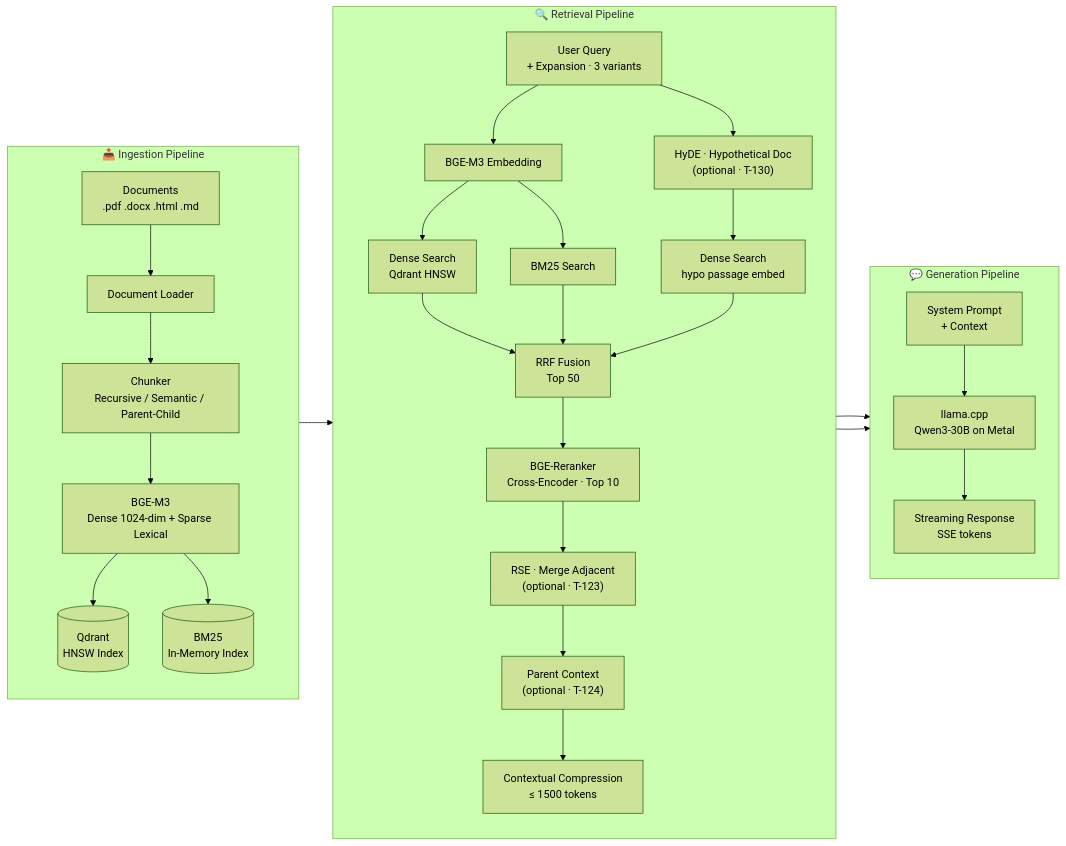
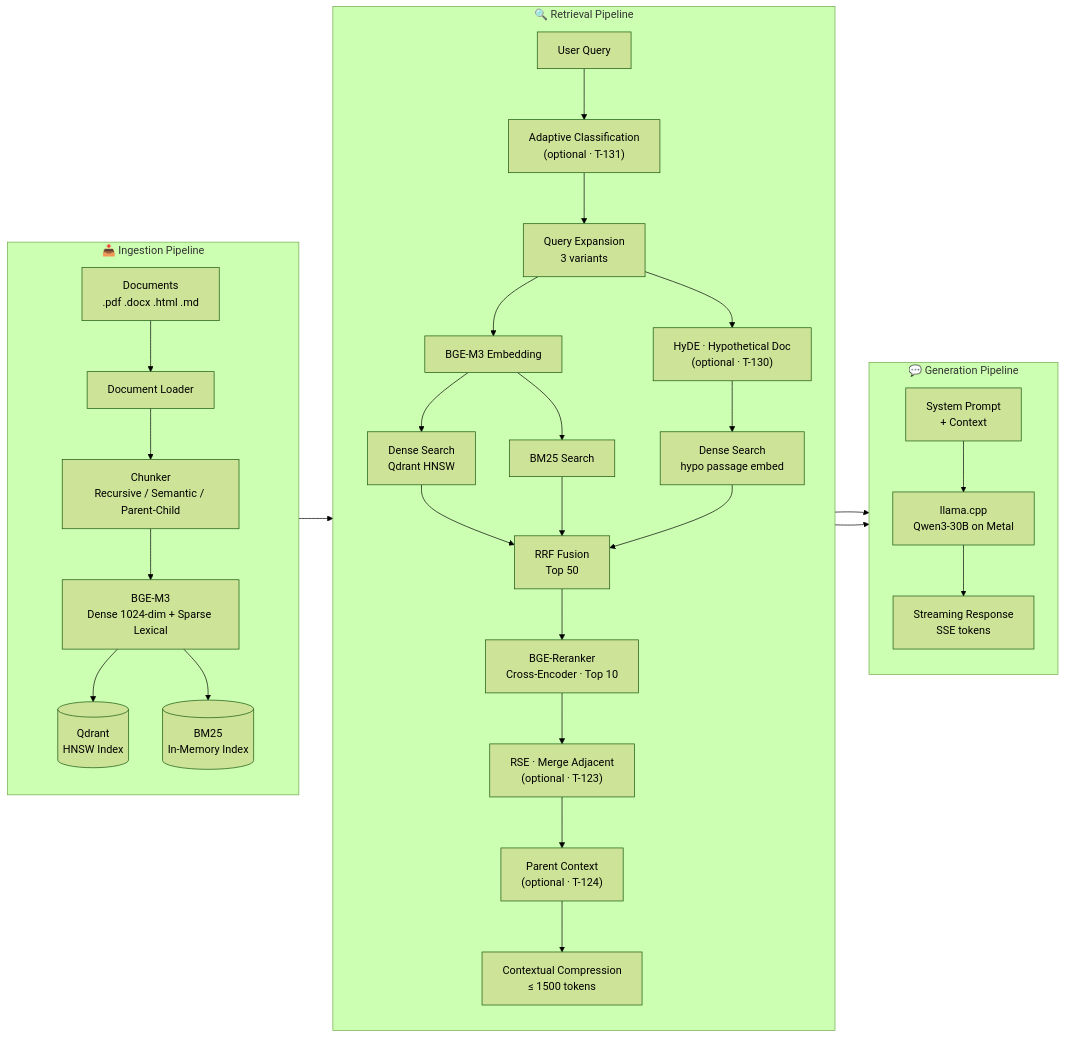
Before and after one commit to ealbertoav/rag_platform: the first of 10 diagrams in README.md, drawn with Mermaid (forest theme). The commit also changed other lines of this file and 16 other files, not shown here.

First line of the commit message:
feat: add adaptive query classification and thread-safe BM25 writes

````diff
--- a/README.md
+++ b/README.md
@@ -44,37 +44,39 @@
 ```mermaid
 flowchart LR
     subgraph INGEST["📥 Ingestion Pipeline"]
         direction TB
         D["Documents<br/>.pdf .docx .html .md"] --> L[Document Loader]
         L --> C["Chunker<br/>Recursive / Semantic / Parent-Child"]
         C --> E["BGE-M3<br/>Dense 1024-dim + Sparse Lexical"]
         E --> Q[("Qdrant<br/>HNSW Index")]
         E --> B[("BM25<br/>In-Memory Index")]
     end
 
     subgraph RETRIEVE["🔍 Retrieval Pipeline"]
         direction TB
-        QX["User Query<br/>+ Expansion · 3 variants"] --> EM[BGE-M3 Embedding]
-        QX --> HYDE["HyDE · Hypothetical Doc<br/>(optional · T-130)"]
+        QX["User Query"] --> ADAPT["Adaptive Classification<br/>(optional · T-131)"]
+        ADAPT --> EXP["Query Expansion<br/>3 variants"]
+        EXP --> EM[BGE-M3 Embedding]
+        EXP --> HYDE["HyDE · Hypothetical Doc<br/>(optional · T-130)"]
         HYDE --> DS2["Dense Search<br/>hypo passage embed"]
         EM --> DS["Dense Search<br/>Qdrant HNSW"]
         EM --> BS[BM25 Search]
         DS --> RF["RRF Fusion<br/>Top 50"]
         DS2 --> RF
         BS --> RF
         RF --> RR["BGE-Reranker<br/>Cross-Encoder · Top 10"]
         RR --> RSE["RSE · Merge Adjacent<br/>(optional · T-123)"]
         RSE --> PC["Parent Context<br/>(optional · T-124)"]
         PC --> CC["Contextual Compression<br/>≤ 1500 tokens"]
     end
 
     subgraph GENERATE["💬 Generation Pipeline"]
         direction TB
         CC --> PR["System Prompt<br/>+ Context"]
         PR --> LLM["llama.cpp<br/>Qwen3-30B on Metal"]
         LLM --> SSE["Streaming Response<br/>SSE tokens"]
     end
 
     INGEST --> RETRIEVE
     RETRIEVE --> GENERATE
 ```
````
